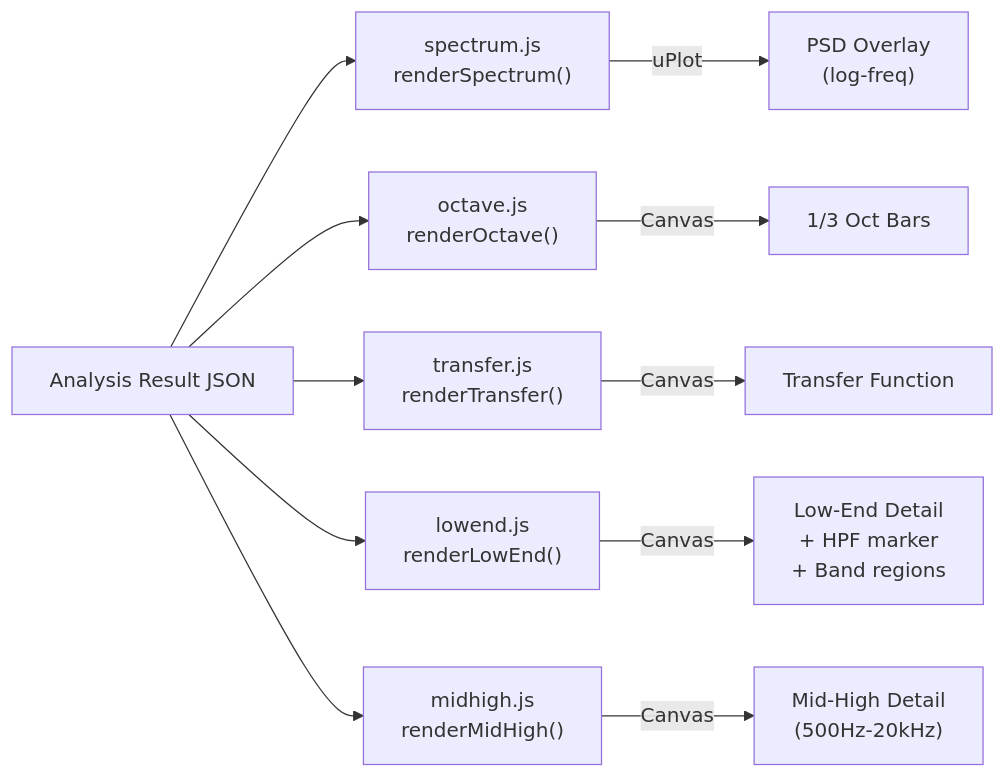
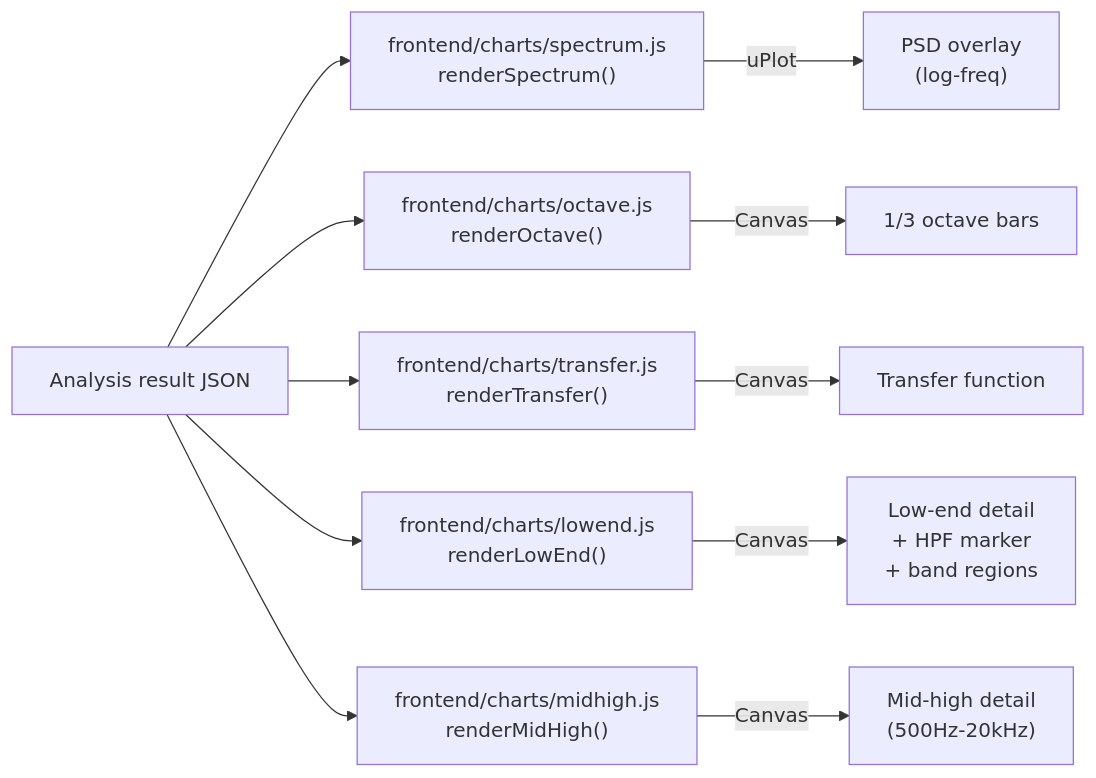
Diagram 15 of 18 in docs/architecture.md (semnil/analyze-spectrum), drawn with Mermaid before and after one commit. The commit also changed other lines of this file and 7 other files, not shown here.

````diff
--- a/docs/architecture.md
+++ b/docs/architecture.md
@@ -426,15 +474,15 @@
 ```mermaid
 flowchart LR
-    DATA["Analysis Result JSON"]
-    DATA --> SP["spectrum.js<br>renderSpectrum()"]
-    DATA --> OC["octave.js<br>renderOctave()"]
-    DATA --> TF["transfer.js<br>renderTransfer()"]
-    DATA --> LE["lowend.js<br>renderLowEnd()"]
-    DATA --> MH["midhigh.js<br>renderMidHigh()"]
+    DATA["Analysis result JSON"]
+    DATA --> SP["frontend/charts/spectrum.js<br>renderSpectrum()"]
+    DATA --> OC["frontend/charts/octave.js<br>renderOctave()"]
+    DATA --> TF["frontend/charts/transfer.js<br>renderTransfer()"]
+    DATA --> LE["frontend/charts/lowend.js<br>renderLowEnd()"]
+    DATA --> MH["frontend/charts/midhigh.js<br>renderMidHigh()"]
 
-    SP -->|uPlot| C1["PSD Overlay<br>(log-freq)"]
-    OC -->|Canvas| C2["1/3 Oct Bars"]
-    TF -->|Canvas| C3["Transfer Function"]
-    LE -->|Canvas| C4["Low-End Detail<br>+ HPF marker<br>+ Band regions"]
-    MH -->|Canvas| C5["Mid-High Detail<br>(500Hz-20kHz)"]
+    SP -->|uPlot| C1["PSD overlay<br>(log-freq)"]
+    OC -->|Canvas| C2["1/3 octave bars"]
+    TF -->|Canvas| C3["Transfer function"]
+    LE -->|Canvas| C4["Low-end detail<br>+ HPF marker<br>+ band regions"]
+    MH -->|Canvas| C5["Mid-high detail<br>(500Hz-20kHz)"]
 ```
````
